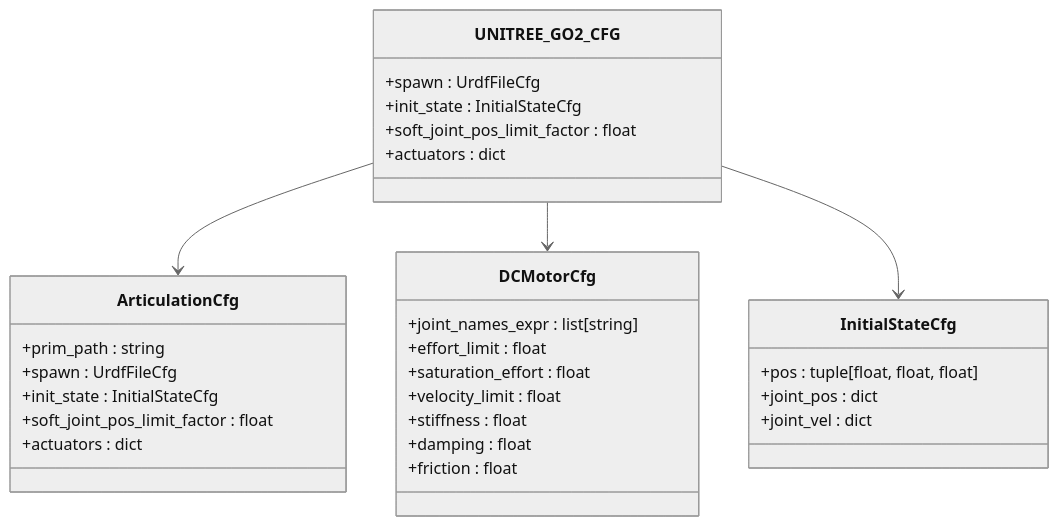
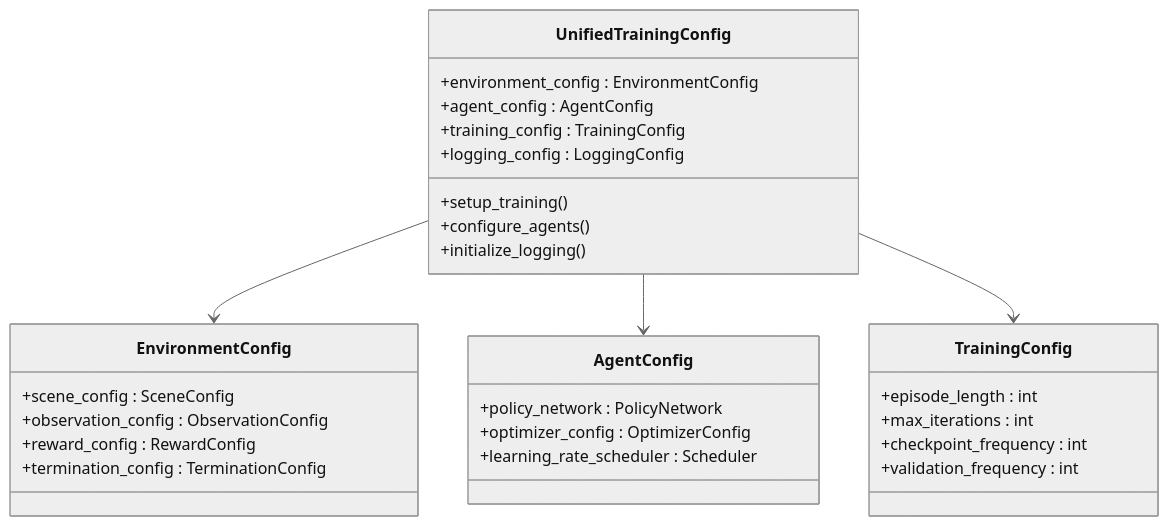
The fourth of 4 diagrams in .qoder/repowiki/en/content/Task Configuration Framework/Velocity-Based Locomotion Tasks/Parkour Navigation System.md (jayjayhust/robot_lab), drawn with Mermaid (neutral theme) before and after one commit. The commit also changed other lines of this file and 14 other files, not shown here.

````diff
--- a/.qoder/repowiki/en/content/Task Configuration Framework/Velocity-Based Locomotion Tasks/Parkour Navigation System.md
+++ b/.qoder/repowiki/en/content/Task Configuration Framework/Velocity-Based Locomotion Tasks/Parkour Navigation System.md
@@ -604,33 +193,32 @@
 ```mermaid
 classDiagram
-class UNITREE_GO2_CFG {
-+spawn : UrdfFileCfg
-+init_state : InitialStateCfg
-+soft_joint_pos_limit_factor : float
-+actuators : dict
+class UnifiedTrainingConfig {
++environment_config : EnvironmentConfig
++agent_config : AgentConfig
++training_config : TrainingConfig
++logging_config : LoggingConfig
++setup_training()
++configure_agents()
++initialize_logging()
 }
-class DCMotorCfg {
-+joint_names_expr : list[string]
-+effort_limit : float
-+saturation_effort : float
-+velocity_limit : float
-+stiffness : float
-+damping : float
-+friction : float
+class EnvironmentConfig {
++scene_config : SceneConfig
++observation_config : ObservationConfig
++reward_config : RewardConfig
++termination_config : TerminationConfig
 }
-class InitialStateCfg {
-+pos : tuple[float, float, float]
-+joint_pos : dict
-+joint_vel : dict
+class AgentConfig {
++policy_network : PolicyNetwork
++optimizer_config : OptimizerConfig
++learning_rate_scheduler : Scheduler
 }
-class ArticulationCfg {
-+prim_path : string
-+spawn : UrdfFileCfg
-+init_state : InitialStateCfg
-+soft_joint_pos_limit_factor : float
-+actuators : dict
+class TrainingConfig {
++episode_length : int
++max_iterations : int
++checkpoint_frequency : int
++validation_frequency : int
 }
-UNITREE_GO2_CFG --> ArticulationCfg
-UNITREE_GO2_CFG --> DCMotorCfg
-UNITREE_GO2_CFG --> InitialStateCfg
+UnifiedTrainingConfig --> EnvironmentConfig
+UnifiedTrainingConfig --> AgentConfig
+UnifiedTrainingConfig --> TrainingConfig
 ```
````
